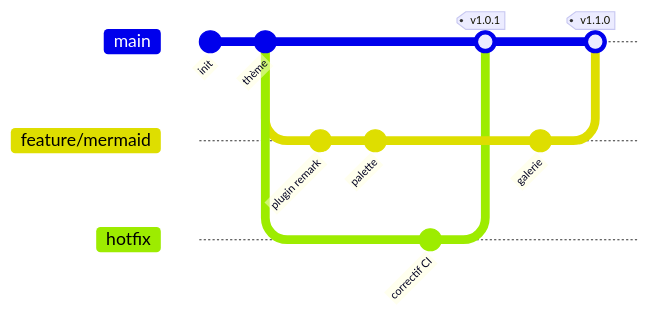
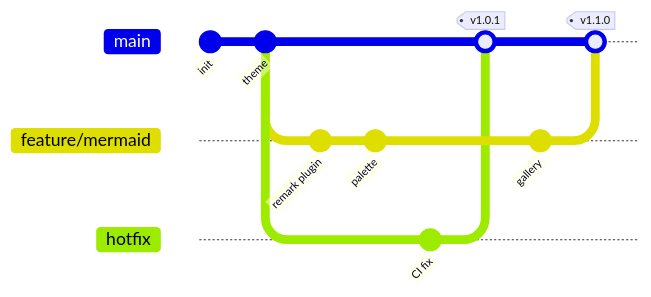
One commit to InnovateIt-ak/docusaurus changed diagram 13 of 25 in docs/mermaid-diagrams.mdx. Above: the diagram before and after it, drawn with Mermaid. The commit also changed other lines of this file, not shown here.

First line of the commit message:
Translate the Mermaid reference page to English

````diff
--- a/docs/mermaid-diagrams.mdx
+++ b/docs/mermaid-diagrams.mdx
@@ -622,18 +619,18 @@
 ```mermaid
 gitGraph
     commit id: "init"
-    commit id: "thème"
+    commit id: "theme"
     branch feature/mermaid
     checkout feature/mermaid
-    commit id: "plugin remark"
+    commit id: "remark plugin"
     commit id: "palette"
     checkout main
     branch hotfix
-    commit id: "correctif CI"
+    commit id: "CI fix"
     checkout main
     merge hotfix tag: "v1.0.1"
     checkout feature/mermaid
-    commit id: "galerie"
+    commit id: "gallery"
     checkout main
     merge feature/mermaid tag: "v1.1.0"
 ```
````
